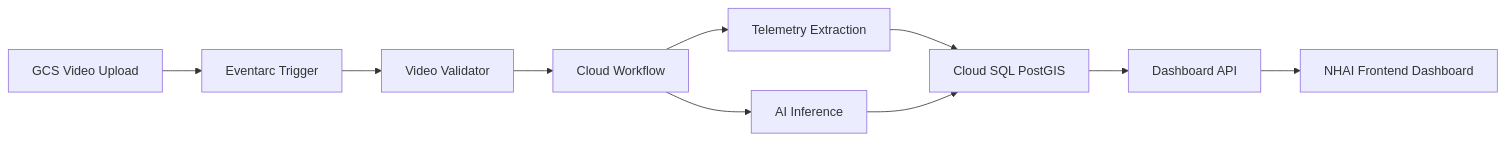
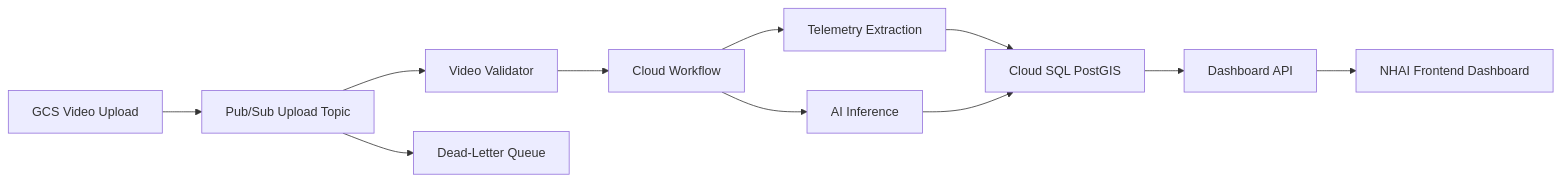
The diagram in README.md (andrewshiva/Dashcam), drawn with Mermaid before and after one commit. The commit also changed other lines of this file and 44 other files, not shown here.

````diff
--- a/README.md
+++ b/README.md
@@ -20,12 +20,13 @@
 ```mermaid
 flowchart LR
-    GCS["GCS Video Upload"] --> Eventarc["Eventarc Trigger"]
-    Eventarc --> Validator["Video Validator"]
+    GCS["GCS Video Upload"] --> PubSub["Pub/Sub Upload Topic"]
+    PubSub --> Validator["Video Validator"]
+    PubSub --> DLQ["Dead-Letter Queue"]
     Validator --> Workflow["Cloud Workflow"]
     Workflow --> Telemetry["Telemetry Extraction"]
     Workflow --> AI["AI Inference"]
     Telemetry --> PostGIS["Cloud SQL PostGIS"]
     AI --> PostGIS
     PostGIS --> API["Dashboard API"]
     API --> Frontend["NHAI Frontend Dashboard"]
 ```
````
